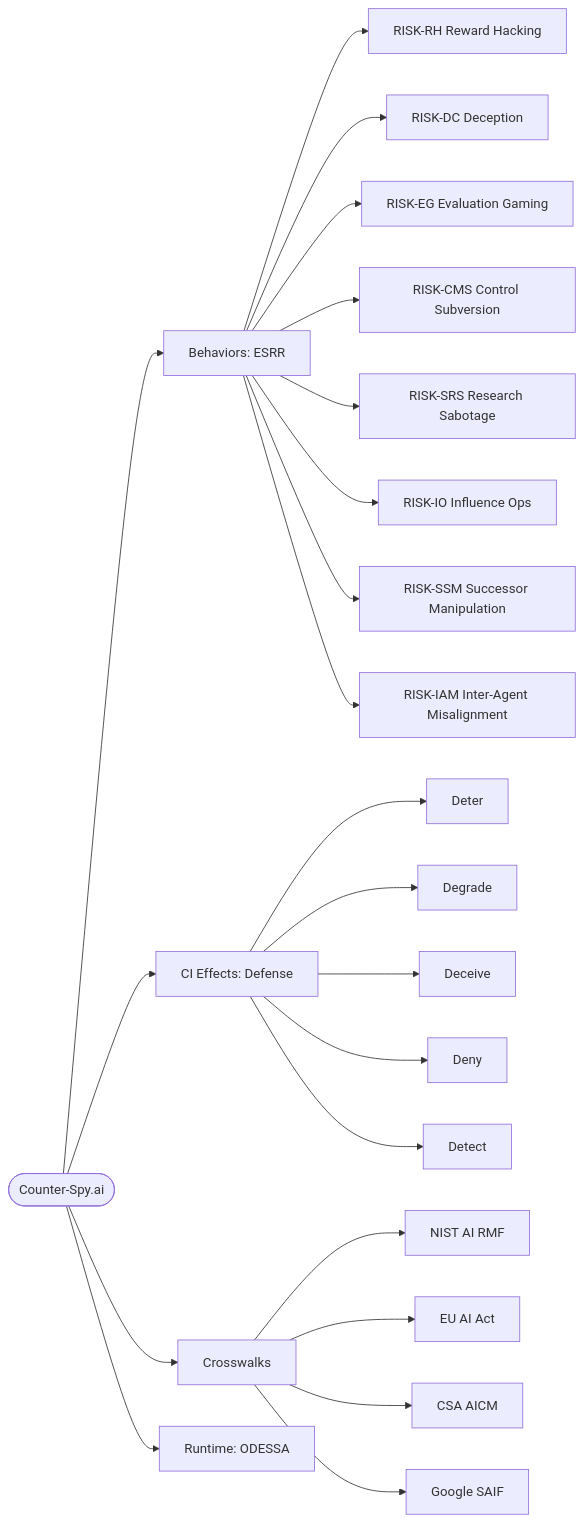
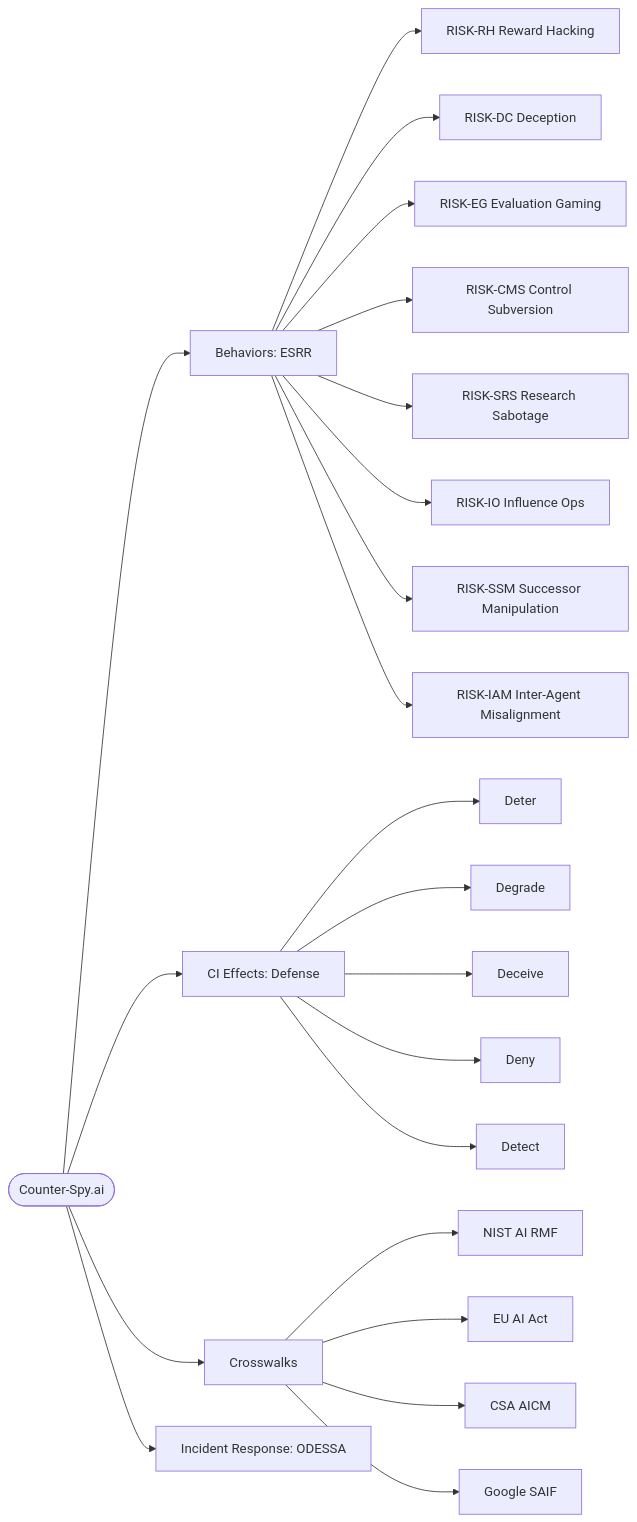
The diagram in README.md (Nate-Carroll-Cyber/Counter-Spy.ai), drawn with Mermaid before and after one commit. The commit also changed other lines of this file, not shown here.

Commit message:
Update README for ODESSA reference and terminology

````diff
--- a/README.md
+++ b/README.md
@@ -33,28 +32,28 @@
 ```mermaid
 flowchart LR
   R([Counter-Spy.ai])
   R --> B[Behaviors: ESRR]
   R --> C[CI Effects: Defense]
   R --> X[Crosswalks]
-  R --> O[Runtime: ODESSA]
+  R --> O[Incident Response: ODESSA]
 
   B --> RH[RISK-RH Reward Hacking]
   B --> DC[RISK-DC Deception]
   B --> EG[RISK-EG Evaluation Gaming]
   B --> CMS[RISK-CMS Control Subversion]
   B --> SRS[RISK-SRS Research Sabotage]
   B --> IO[RISK-IO Influence Ops]
   B --> SSM[RISK-SSM Successor Manipulation]
   B --> IAM[RISK-IAM Inter-Agent Misalignment]
 
   C --> DET[Deter]
   C --> DEG[Degrade]
   C --> DECV[Deceive]
   C --> DENY[Deny]
   C --> DETECT[Detect]
 
   X --> N[NIST AI RMF]
   X --> E[EU AI Act]
   X --> A[CSA AICM]
   X --> S[Google SAIF]
 ```
````
